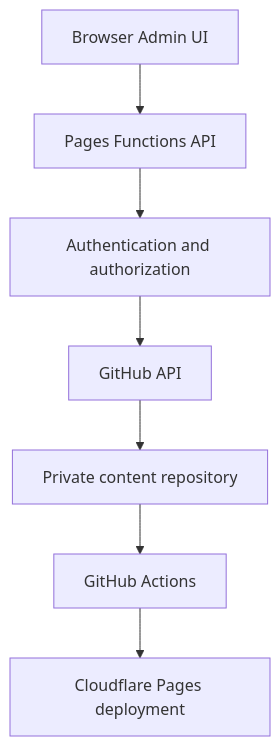
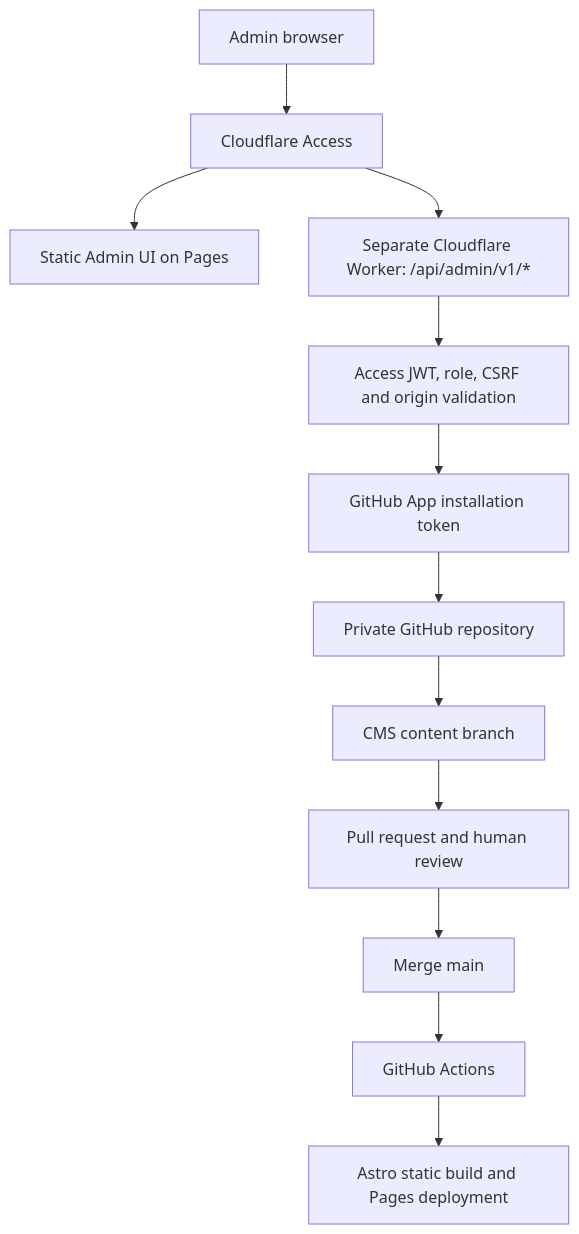
The diagram in docs/architecture/admin-cms-architecture.md (JohnZhang-DataForge/chinese-culture), drawn with Mermaid before and after one commit. The commit also changed other lines of this file and 26 other files, not shown here.

Commit message:
docs: align guidance with shared architecture proposal and live domain state

```diff
--- a/docs/architecture/admin-cms-architecture.md
+++ b/docs/architecture/admin-cms-architecture.md
@@ -15,9 +12,14 @@
 ~~~mermaid
 flowchart TD
-  A[Browser Admin UI] --> B[Pages Functions API]
-  B --> C[Authentication and authorization]
-  C --> D[GitHub API]
-  D --> E[Private content repository]
-  E --> F[GitHub Actions]
-  F --> G[Cloudflare Pages deployment]
+  A[Admin browser] --> B[Cloudflare Access]
+  B --> C[Static Admin UI on Pages]
+  B --> D[Separate Cloudflare Worker: /api/admin/v1/*]
+  D --> E[Access JWT, role, CSRF and origin validation]
+  E --> F[GitHub App installation token]
+  F --> G[Private GitHub repository]
+  G --> H[CMS content branch]
+  H --> I[Pull request and human review]
+  I --> J[Merge main]
+  J --> K[GitHub Actions]
+  K --> L[Astro static build and Pages deployment]
 ~~~
```
